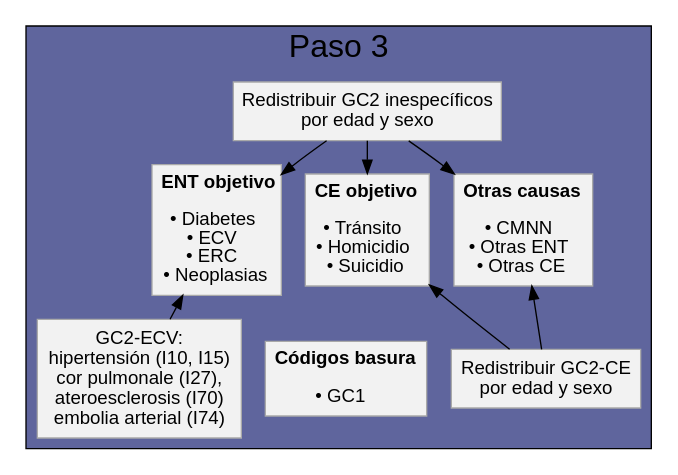
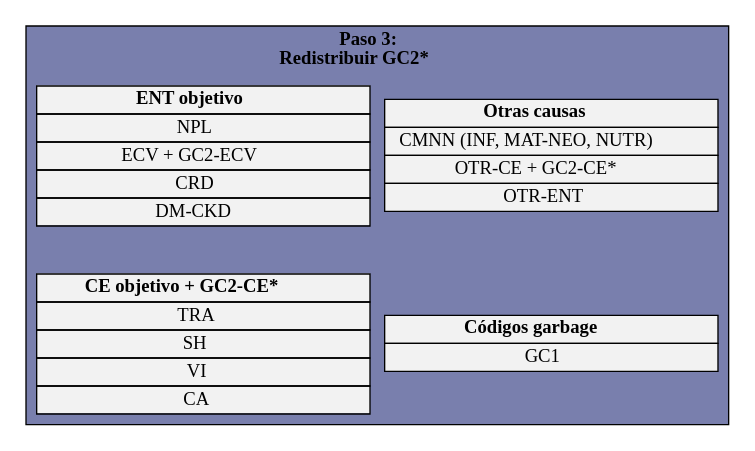
The third of 4 diagrams in index.qmd (datos-ine/power_recod_GC), drawn with Graphviz before and after one commit. The commit also changed other lines of this file and 32 other files, not shown here.

````diff
--- a/index.qmd
+++ b/index.qmd
@@ -405,49 +631,97 @@
 ```{dot}
 //| id: Paso 3
-digraph {
-    graph [
-        rankdir=TR
-        bgcolor = white,
-        fontsize=24,        
-        fontname="Arial",
-        labelloc="t"
-    ]
+digraph G {
+    rankdir=LR
+   graph[
+    fontsize = 14
+    fontname="Times-Roman"
+    style = filled
+    nodesep=.5
+    ranksep=.15
+    compound=true
+   ]
   
-    node [
-        shape = box,
-        style = filled
-        color = darkgrey,
-        fillcolor="grey95",
-        fontname="Arial",
-        margin = 0.1
-    ]
+   node[
+    shape = plain
+    style = filled
+    fillcolor="grey95"
+    fontsize = 14
+    fontname="Times-Roman"
+    width=3.25
+   ]
+    subgraph cluster_paso3{
+    fillcolor="#4D5492BF"
+    label = <<b>Paso 3:<br/> Redistribuir GC2*</b>>
 
-     // Paso 3
-    subgraph cluster3 {
-        bgcolor = "#4D5492E5"
-        ranksep=.5
-        label="Paso 3"
-
-        a3[label=<<b>ENT objetivo</b><br/><br/> • Diabetes <br/> • ECV <br/> • ERC <br/> • Neoplasias>]
-
-        b3[label=<<b>CE objetivo</b> <br/><br/> • Tránsito <br/> • Homicidio <br/> • Suicidio>]
-      
-        c3[label=<<b>Otras causas</b> <br/><br/> • CMNN <br/> • Otras ENT <br/> • Otras CE>]
-
-        d3[label=<<b>Códigos basura</b> <br/><br/> • GC1 <br/>>]
-
-        h[label="Redistribuir GC2 inespecíficos \n por edad y sexo"]
-        i[label="GC2-ECV: \n hipertensión (I10, I15) \n cor pulmonale (I27), \n ateroesclerosis (I70) \n embolia arterial (I74)"]
-        j[label="Redistribuir GC2-CE \n por edad y sexo"]
-        
-        ## Ordenar nodos ##
-        { rank=same; a3 b3 c3 }; 
-        { rank=same; d3 i j};
-       
-        h -> {a3; b3; c3}
-        {a3; b3; c3} -> d3[style = invis]
-        i -> a3
-        j -> {b3; c3}
+    ent3[label = <
+    <table border="0" cellborder = "1" cellspacing  ="0">
+    <tr>
+    <td width="250"><b>ENT objetivo</b></td>
+    </tr>
+    <tr>
+    <td> NPL </td>
+    </tr>
+    <tr>
+    <td> ECV + GC2-ECV</td>
+    </tr>
+    <tr>
+    <td> CRD </td>
+    </tr>
+    <tr>
+    <td> DM-CKD </td>
+    </tr>
+    </table>
+    >]
+  
+    ce3[label = <
+    <table border="0" cellborder = "1" cellspacing  ="0">
+    <tr>
+    <td width="250"><b>CE objetivo + GC2-CE*</b></td>
+    </tr>
+    <tr>
+    <td> TRA </td>
+    </tr>
+    <tr>
+    <td> SH </td>
+    </tr>
+    <tr>
+    <td> VI </td>
+    </tr>
+    <tr>
+    <td> CA </td>
+    </tr>
+    </table>
+    >]
+  
+    otras3[label = <
+    <table border="0" cellborder = "1" cellspacing  ="0">
+    <tr>
+    <td width="250"><b>Otras causas</b></td>
+    </tr>
+    <tr>
+    <td> CMNN (INF, MAT-NEO, NUTR) </td>
+    </tr>
+    <tr>
+    <td> OTR-CE + GC2-CE*</td>
+    </tr>
+    <tr>
+    <td> OTR-ENT</td>
+    </tr>
+    </table>
+    >]
+  
+  gc3[label = <
+    <table border="0" cellborder = "1" cellspacing  ="0">
+    <tr>
+    <td width="250"><b>Códigos garbage</b></td>
+    </tr>
+    <tr>
+    <td port="gc1"> GC1 </td>
+    </tr>
+    </table>
+    >]
     }
-}
+    
+    ent3 -> otras3 [style="invis"]
+    ce3 -> gc3 [style="invis"]}
 ```
````
